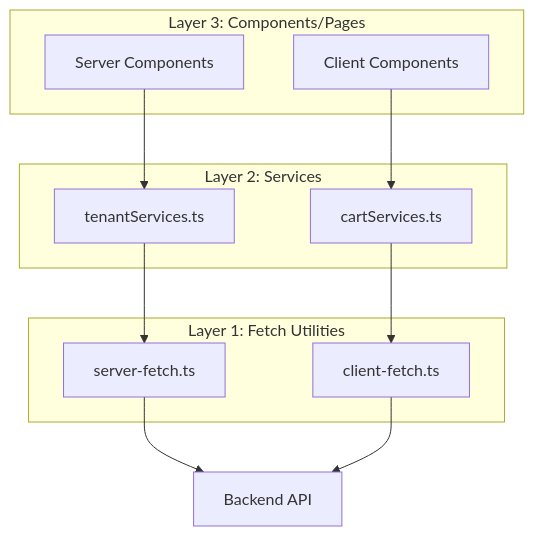
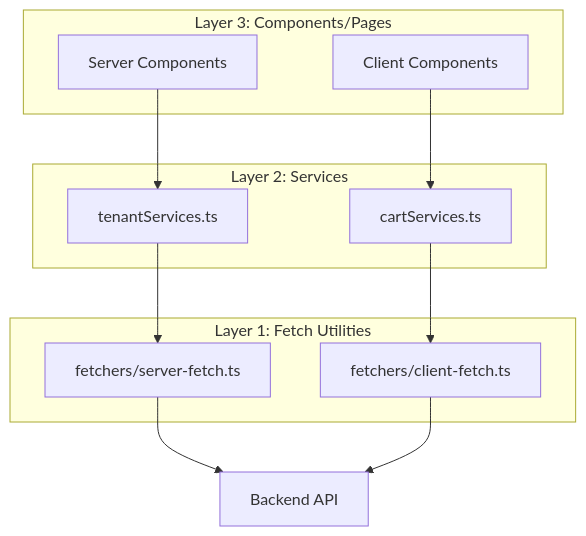
Before and after one commit to mrcodic/nir-eg-frontend: the third of 5 diagrams in docs/ARCHITECTURE.md, drawn with Mermaid. The commit also changed other lines of this file and 99 other files, not shown here.

````diff
--- a/docs/ARCHITECTURE.md
+++ b/docs/ARCHITECTURE.md
@@ -136,24 +136,24 @@
 ```mermaid
 graph TB
     subgraph "Layer 1: Fetch Utilities"
-        ServerFetch[server-fetch.ts]
-        ClientFetch[client-fetch.ts]
+        ServerFetch[fetchers/server-fetch.ts]
+        ClientFetch[fetchers/client-fetch.ts]
     end
 
     subgraph "Layer 2: Services"
         TenantService[tenantServices.ts]
         CartService[cartServices.ts]
     end
 
     subgraph "Layer 3: Components/Pages"
         ServerComponent[Server Components]
         ClientComponent[Client Components]
     end
 
     ServerComponent --> TenantService
     ClientComponent --> CartService
     TenantService --> ServerFetch
     CartService --> ClientFetch
     ServerFetch --> BackendAPI[Backend API]
     ClientFetch --> BackendAPI
 ```
````
